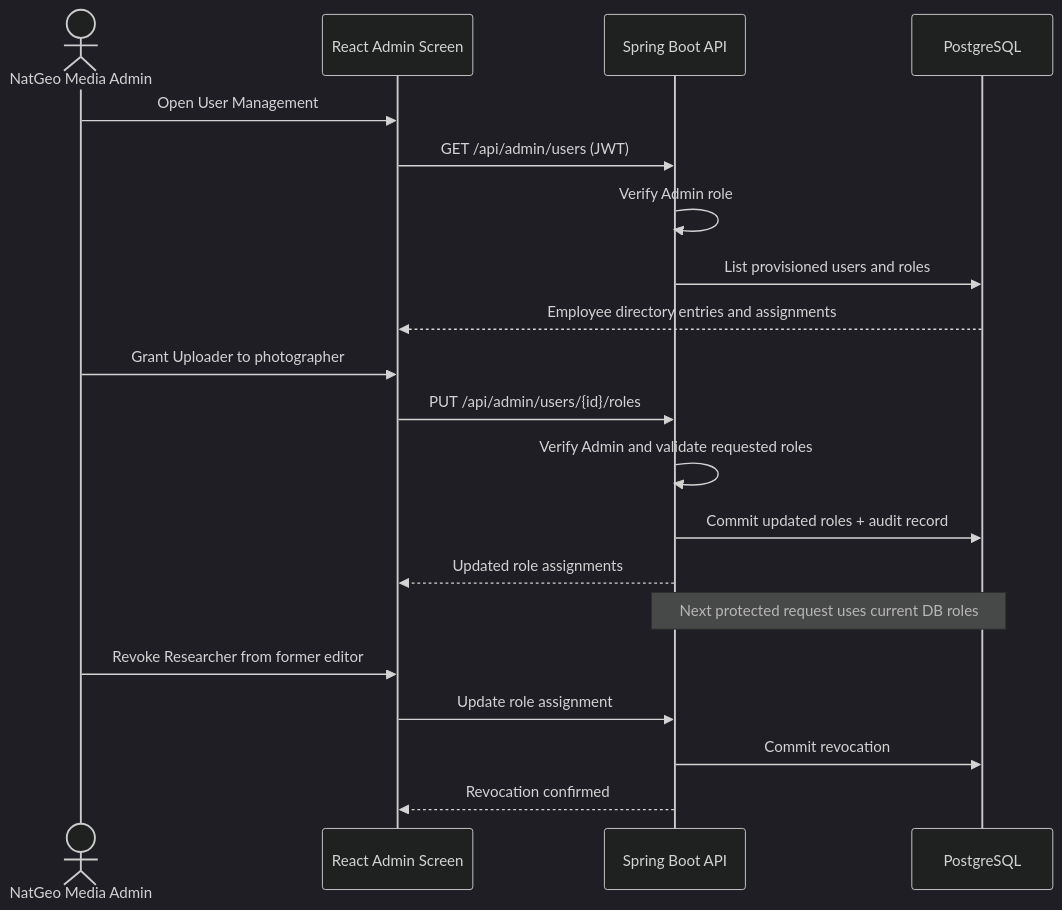
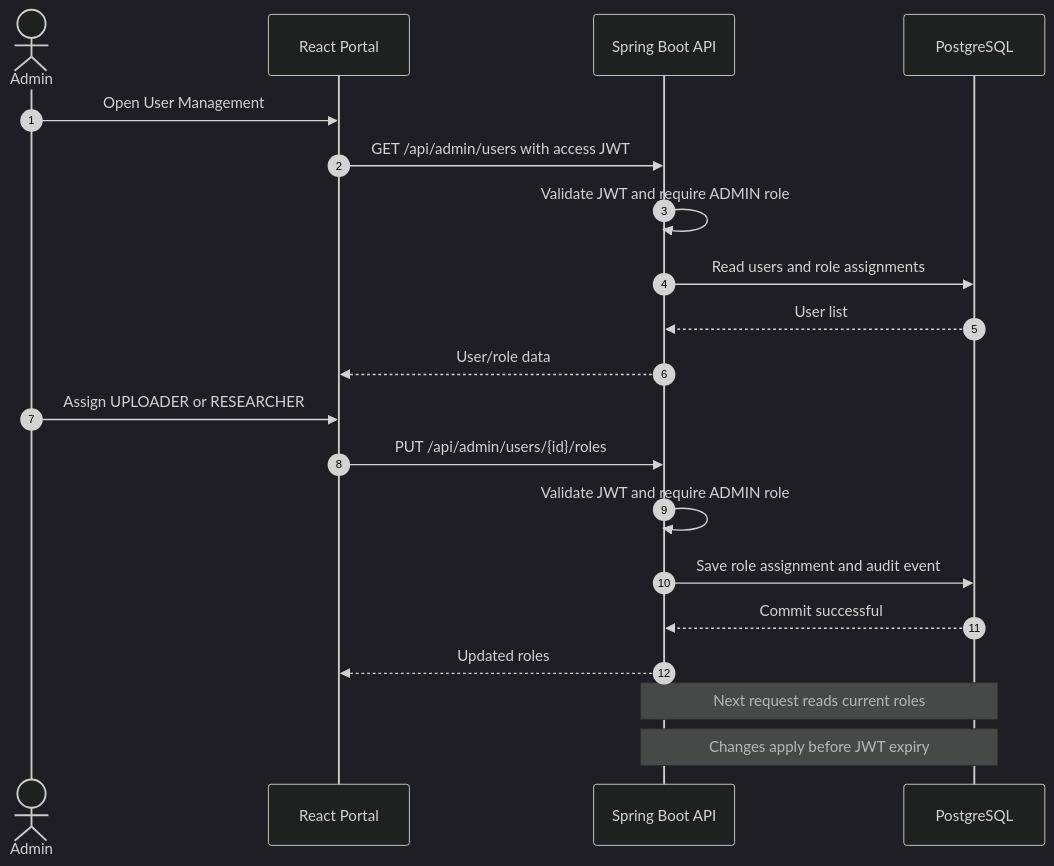
Before and after one commit to mathewpius19/Media-Mesh: the third of 7 diagrams in docs/design/NATGEO_STAKEHOLDER_DESIGN.md, drawn with Mermaid (dark theme). The commit also changed other lines of this file, not shown here.

First line of the commit message:
Revise MediaMesh design proposal for broader scope

````diff
--- a/docs/design/NATGEO_STAKEHOLDER_DESIGN.md
+++ b/docs/design/NATGEO_STAKEHOLDER_DESIGN.md
@@ -128,22 +140,22 @@
 ```mermaid
 sequenceDiagram
-    actor A as NatGeo Media Admin
-    participant W as React Admin Screen
-    participant B as Spring Boot API
-    participant D as PostgreSQL
-    A->>W: Open User Management
-    W->>B: GET /api/admin/users (JWT)
-    B->>B: Verify Admin role
-    B->>D: List provisioned users and roles
-    D-->>W: Employee directory entries and assignments
-    A->>W: Grant Uploader to photographer
-    W->>B: PUT /api/admin/users/{id}/roles
-    B->>B: Verify Admin and validate requested roles
-    B->>D: Commit updated roles + audit record
-    B-->>W: Updated role assignments
-    Note over B,D: Next protected request uses current DB roles
-    A->>W: Revoke Researcher from former editor
-    W->>B: Update role assignment
-    B->>D: Commit revocation
-    B-->>W: Revocation confirmed
+    autonumber
+    actor Admin
+    participant Web as React Portal
+    participant API as Spring Boot API
+    participant DB as PostgreSQL
+    Admin->>Web: Open User Management
+    Web->>API: GET /api/admin/users with access JWT
+    API->>API: Validate JWT and require ADMIN role
+    API->>DB: Read users and role assignments
+    DB-->>API: User list
+    API-->>Web: User/role data
+    Admin->>Web: Assign UPLOADER or RESEARCHER
+    Web->>API: PUT /api/admin/users/{id}/roles
+    API->>API: Validate JWT and require ADMIN role
+    API->>DB: Save role assignment and audit event
+    DB-->>API: Commit successful
+    API-->>Web: Updated roles
+    Note over API,DB: Next request reads current roles
+    Note over API,DB: Changes apply before JWT expiry
 ```
````
